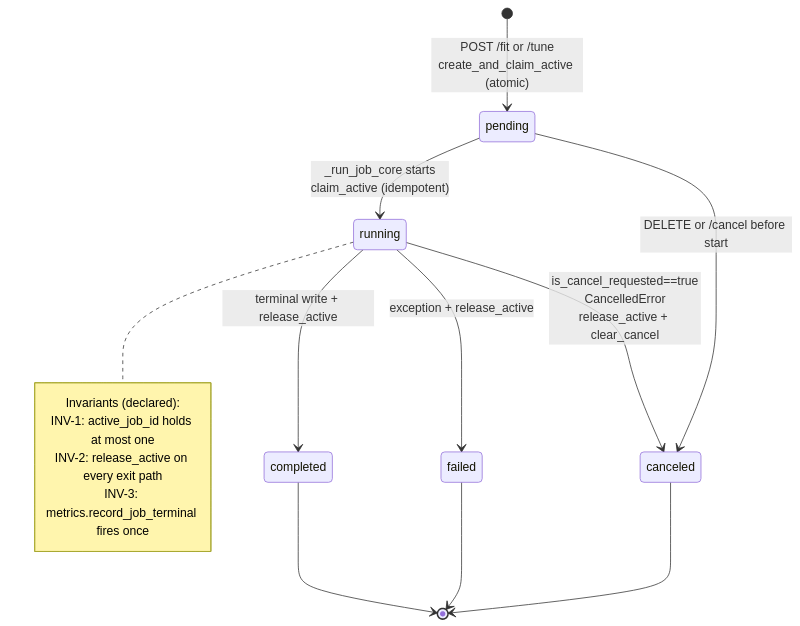
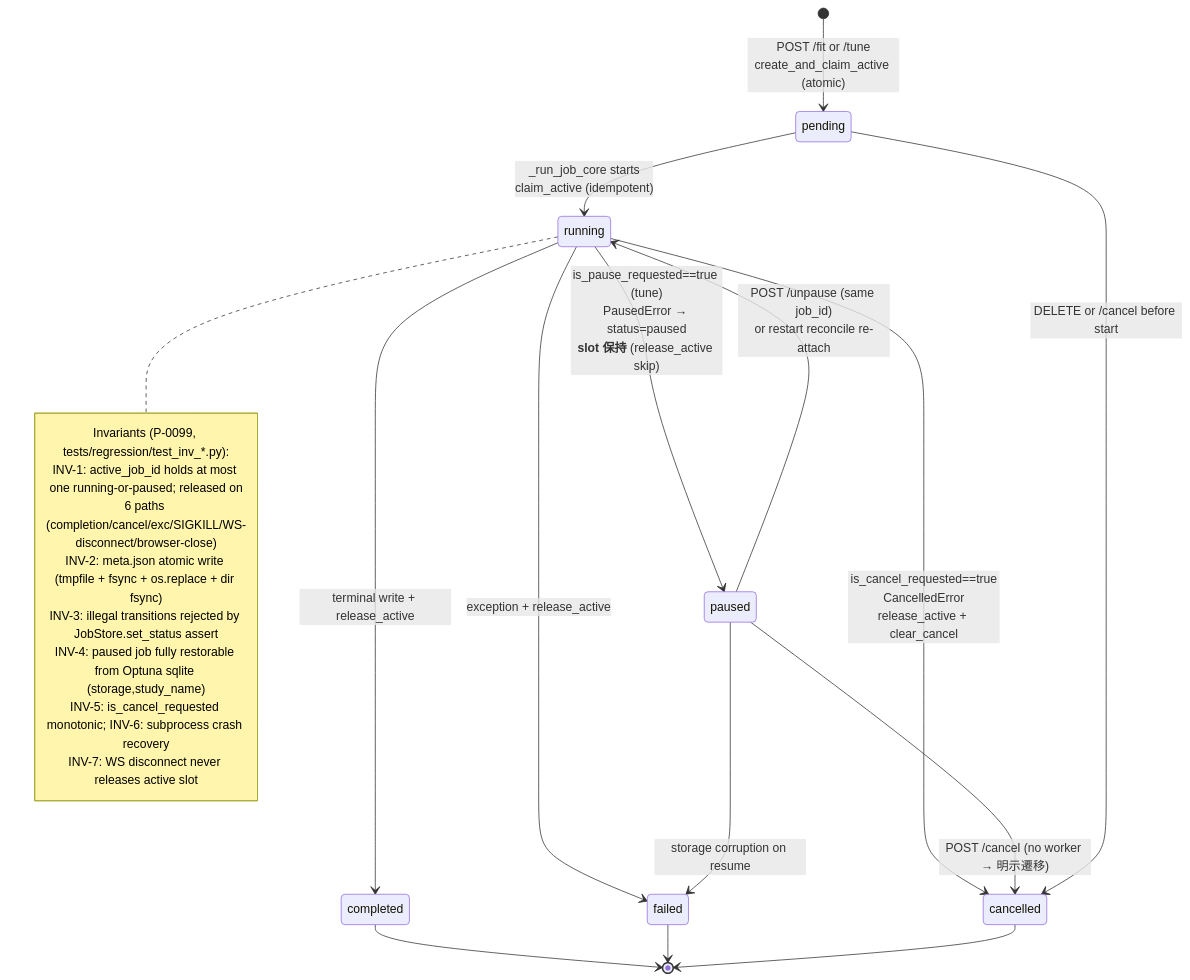
One commit to nbx-liz/LizyStudio changed the fourth of 7 diagrams in docs/architecture-as-implemented.md. Above: the diagram before and after it, drawn with Mermaid. The commit also changed other lines of this file and 3 other files, not shown here.

````diff
--- a/docs/architecture-as-implemented.md
+++ b/docs/architecture-as-implemented.md
@@ -221,18 +224,26 @@
 ```mermaid
 stateDiagram-v2
   [*] --> pending : POST /fit or /tune<br/>create_and_claim_active (atomic)
   pending --> running : _run_job_core starts<br/>claim_active (idempotent)
   running --> completed : terminal write + release_active
   running --> failed : exception + release_active
-  running --> canceled : is_cancel_requested==true<br/>CancelledError<br/>release_active + clear_cancel
-  pending --> canceled : DELETE or /cancel before start
+  running --> cancelled : is_cancel_requested==true<br/>CancelledError<br/>release_active + clear_cancel
+  running --> paused : is_pause_requested==true (tune)<br/>PausedError → status=paused<br/>**slot 保持** (release_active skip)
+  paused --> running : POST /unpause (same job_id)<br/>or restart reconcile re-attach
+  paused --> cancelled : POST /cancel (no worker → 明示遷移)
+  paused --> failed : storage corruption on resume
+  pending --> cancelled : DELETE or /cancel before start
   completed --> [*]
   failed --> [*]
-  canceled --> [*]
+  cancelled --> [*]
   note right of running
-    Invariants (declared):
-    INV-1: active_job_id holds at most one
-    INV-2: release_active on every exit path
-    INV-3: metrics.record_job_terminal fires once
+    Invariants (P-0099, tests/regression/test_inv_*.py):
+    INV-1: active_job_id holds at most one running-or-paused; released on
+           6 paths (completion/cancel/exc/SIGKILL/WS-disconnect/browser-close)
+    INV-2: meta.json atomic write (tmpfile + fsync + os.replace + dir fsync)
+    INV-3: illegal transitions rejected by JobStore.set_status assert
+    INV-4: paused job fully restorable from Optuna sqlite (storage,study_name)
+    INV-5: is_cancel_requested monotonic; INV-6: subprocess crash recovery
+    INV-7: WS disconnect never releases active slot
   end note
 ```
````
